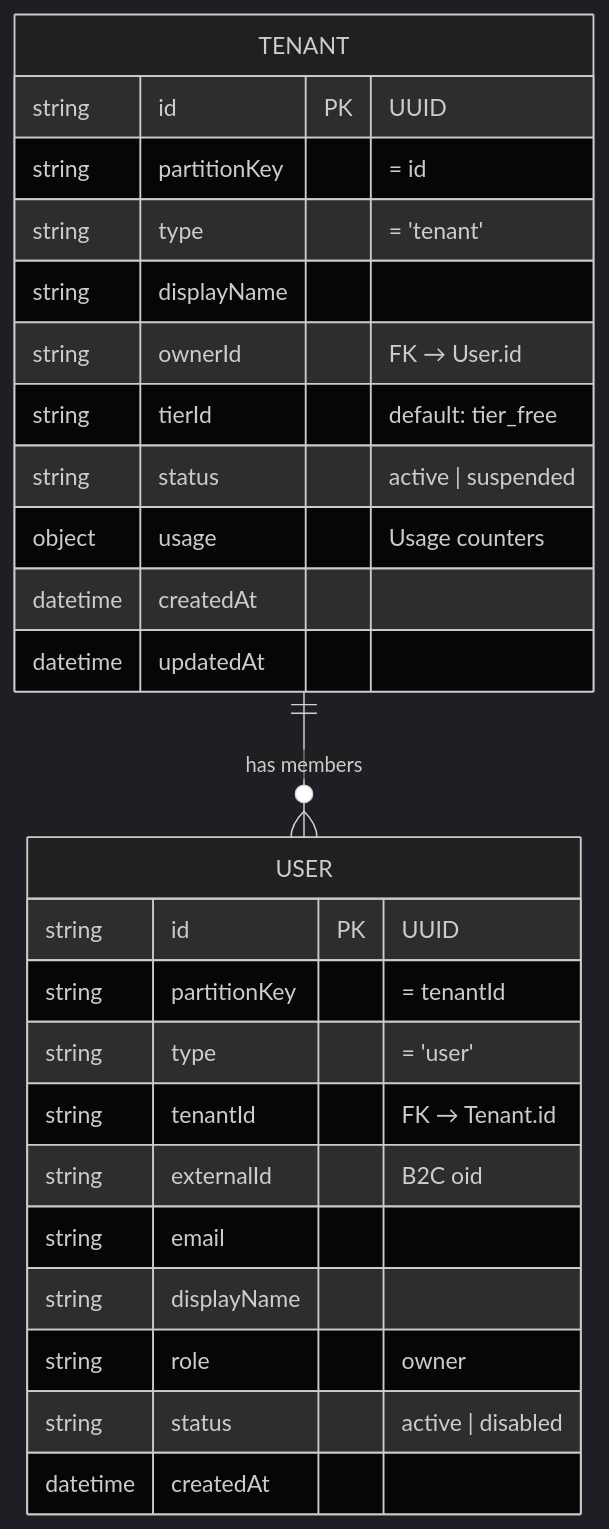
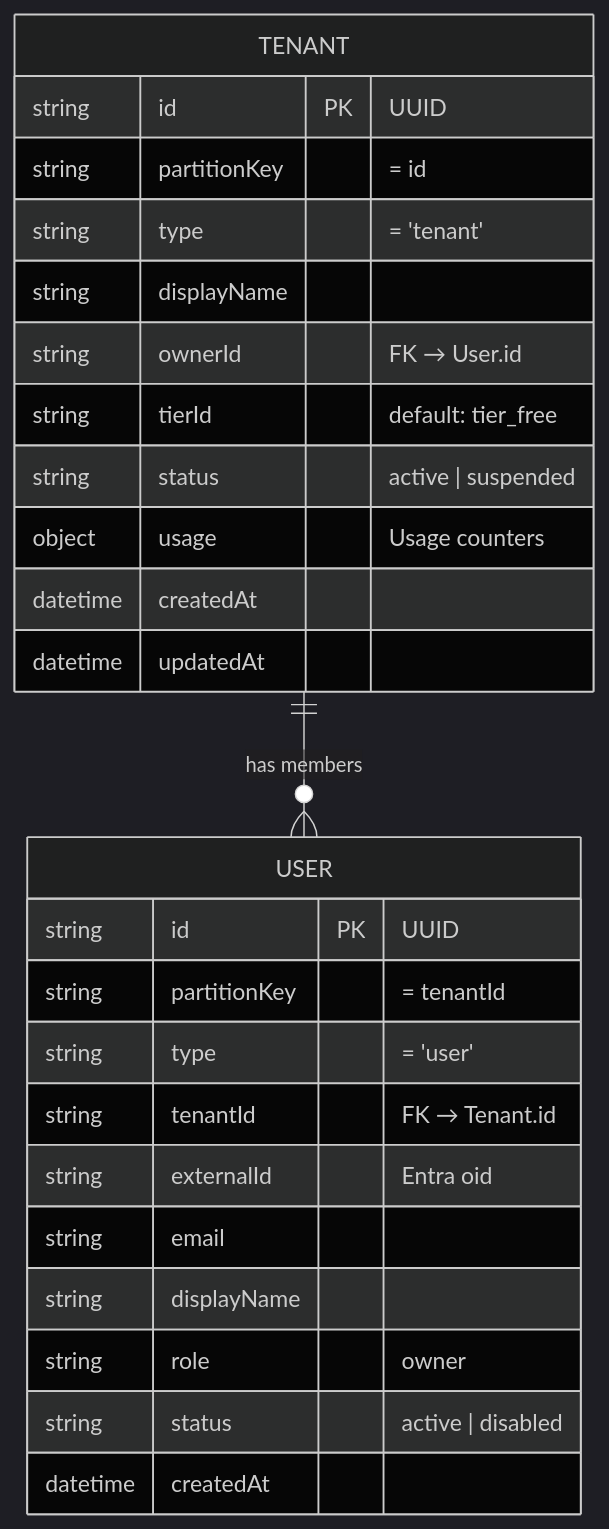
One commit to christopherhouse/Azure-Integration-Copilot changed the third of 3 diagrams in docs/architecture/tenancy-and-auth.md. Above: the diagram before and after it, drawn with Mermaid (dark theme). The commit also changed other lines of this file and 3 other files, not shown here.

First line of the commit message:
refactor: migrate auth from Azure AD B2C to Microsoft Entra External ID (CIAM)

````diff
--- a/docs/architecture/tenancy-and-auth.md
+++ b/docs/architecture/tenancy-and-auth.md
@@ -146,30 +146,30 @@
 ```mermaid
 erDiagram
     TENANT {
         string id PK "UUID"
         string partitionKey "= id"
         string type "= 'tenant'"
         string displayName
         string ownerId "FK → User.id"
         string tierId "default: tier_free"
         string status "active | suspended"
         object usage "Usage counters"
         datetime createdAt
         datetime updatedAt
     }
 
     USER {
         string id PK "UUID"
         string partitionKey "= tenantId"
         string type "= 'user'"
         string tenantId "FK → Tenant.id"
-        string externalId "B2C oid"
+        string externalId "Entra oid"
         string email
         string displayName
         string role "owner"
         string status "active | disabled"
         datetime createdAt
     }
 
     TENANT ||--o{ USER : "has members"
 ```
````
